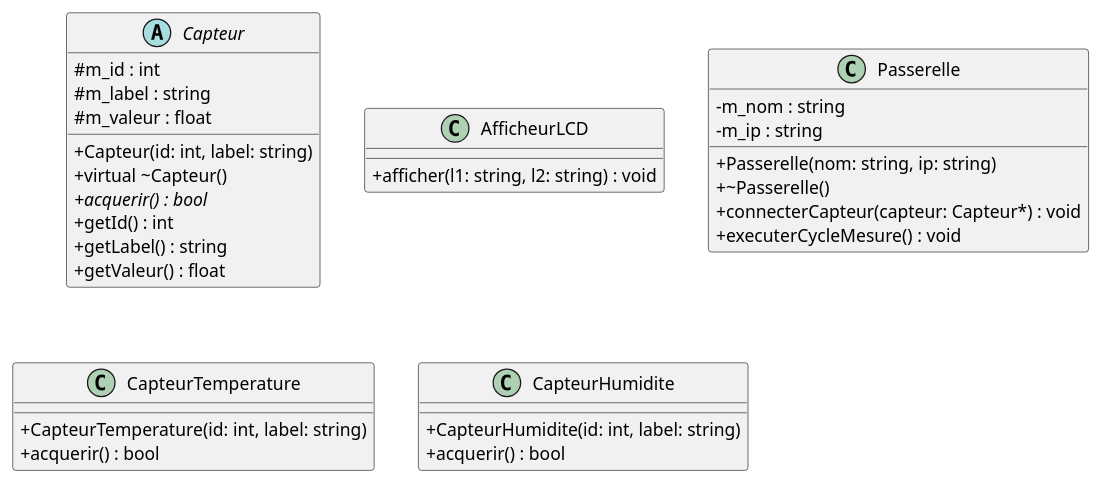
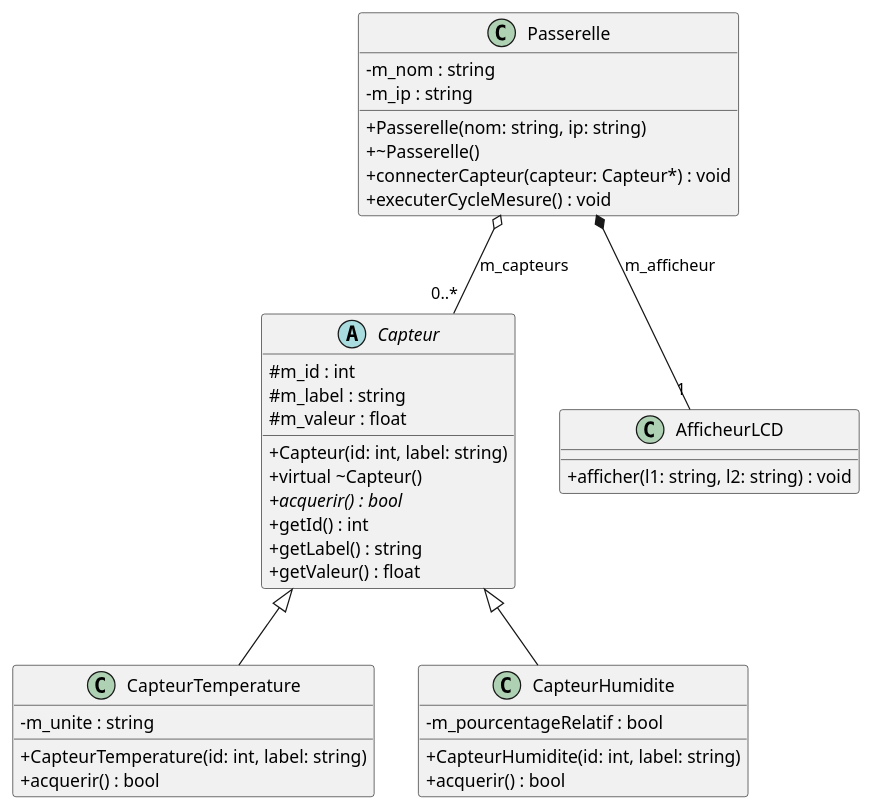
One commit to CIEL2-JR-PROGRAMMATION/uml changed the diagram in tp-exercices/tp2-classes-passerelle-iot/passerelle.puml. Above: the diagram before and after it, drawn with PlantUML. The commit also changed 8 other files, not shown here.

```diff
--- a/tp-exercices/tp2-classes-passerelle-iot/passerelle.puml
+++ b/tp-exercices/tp2-classes-passerelle-iot/passerelle.puml
@@ -1,77 +1,75 @@
 @startuml
 ' TP 2 : Diagramme de Classes - Passerelle IoT (BTS CIEL)
 skinparam classAttributeIconSize 0
 
 ' ==============================================================================
 ' 1. CLASSES FOURNIES
 ' ==============================================================================
 
 abstract class Capteur {
     # m_id : int
     # m_label : string
     # m_valeur : float
     + Capteur(id: int, label: string)
     + virtual ~Capteur()
     + {abstract} acquerir() : bool
     + getId() : int
     + getLabel() : string
     + getValeur() : float
 }
 
 class AfficheurLCD {
     + afficher(l1: string, l2: string) : void
 }
 
 class Passerelle {
     - m_nom : string
     - m_ip : string
     + Passerelle(nom: string, ip: string)
     + ~Passerelle()
     + connecterCapteur(capteur: Capteur*) : void
     + executerCycleMesure() : void
 }
 
 ' ==============================================================================
 ' TODO 1 : Définir les deux classes de capteurs concrètes
 ' ------------------------------------------------------------------------------
 ' 1.1 Classe CapteurTemperature :
 '     - Déclarez l'attribut privé pour l'unité de mesure (chaîne de caractères).
 class CapteurTemperature {
-    ' [ÉCRIVEZ L'ATTRIBUT PRIVÉ ICI]
+    - m_unite : string
     + CapteurTemperature(id: int, label: string)
     + acquerir() : bool
 }
 
 ' 1.2 Classe CapteurHumidite :
 '     - Déclarez l'attribut privé indiquant si l'humidité est relative (booléen).
 class CapteurHumidite {
-    ' [ÉCRIVEZ L'ATTRIBUT PRIVÉ ICI]
+    - m_pourcentageRelatif : bool
     + CapteurHumidite(id: int, label: string)
     + acquerir() : bool
 }
 
 ' ==============================================================================
 ' TODO 2 : Héritage (<|--)
 ' Indiquez que CapteurTemperature et CapteurHumidite héritent de Capteur :
 ' Syntaxe : ClasseMere <|-- ClasseFille
 ' ------------------------------------------------------------------------------
-' [ÉCRIVEZ LES 2 LIGNES D'HÉRITAGE ICI]
-
+Capteur <|-- CapteurTemperature
+Capteur <|-- CapteurHumidite
 
 ' ==============================================================================
 ' TODO 3 : Agrégation faible (o--)
 ' La Passerelle référence entre 0 et plusieurs (0..*) Capteur via son rôle m_capteurs :
 ' Syntaxe : ClasseContenant o-- "cardinalite" ClasseContenue : nom_role
 ' ------------------------------------------------------------------------------
-' [ÉCRIVEZ LA LIGNE D'AGRÉGATION ICI]
-
+Passerelle o-- "0..*" Capteur : m_capteurs
 
 ' ==============================================================================
 ' TODO 4 : Composition forte (*--)
 ' La Passerelle contient obligatoirement 1 seul AfficheurLCD soudé au boîtier via m_afficheur :
 ' Syntaxe : ClasseContenant *-- "cardinalite" ClasseContenue : nom_role
 ' ------------------------------------------------------------------------------
-' [ÉCRIVEZ LA LIGNE DE COMPOSITION ICI]
-
+Passerelle *-- "1" AfficheurLCD : m_afficheur
 
 @enduml
```
